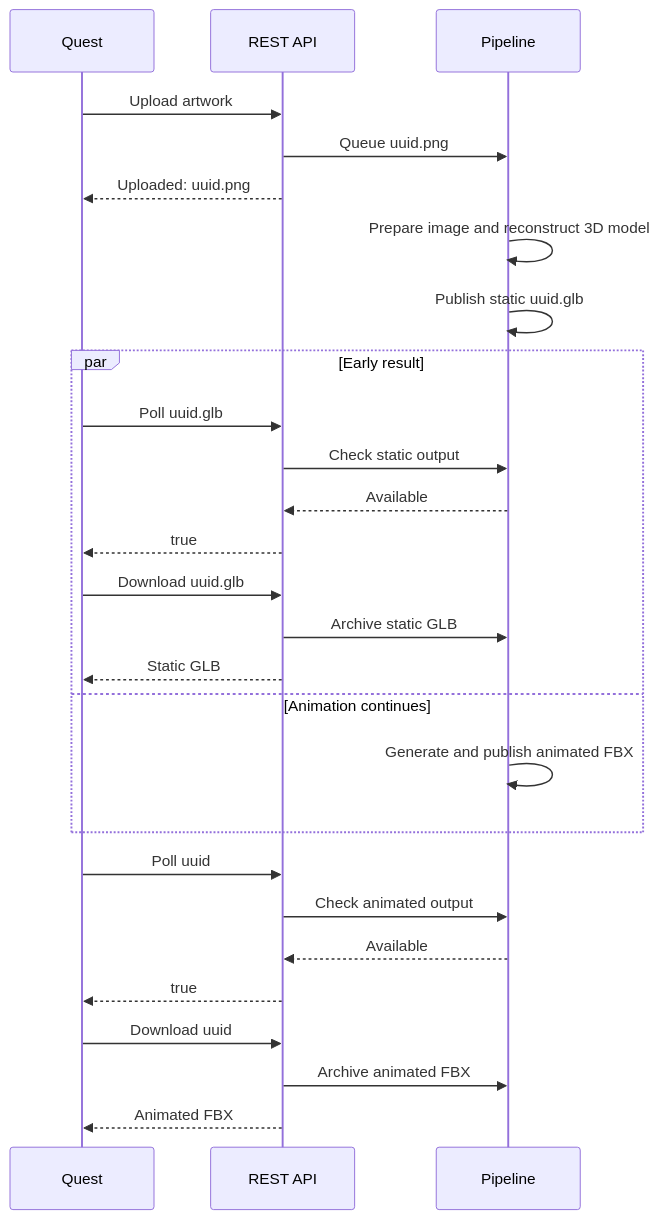
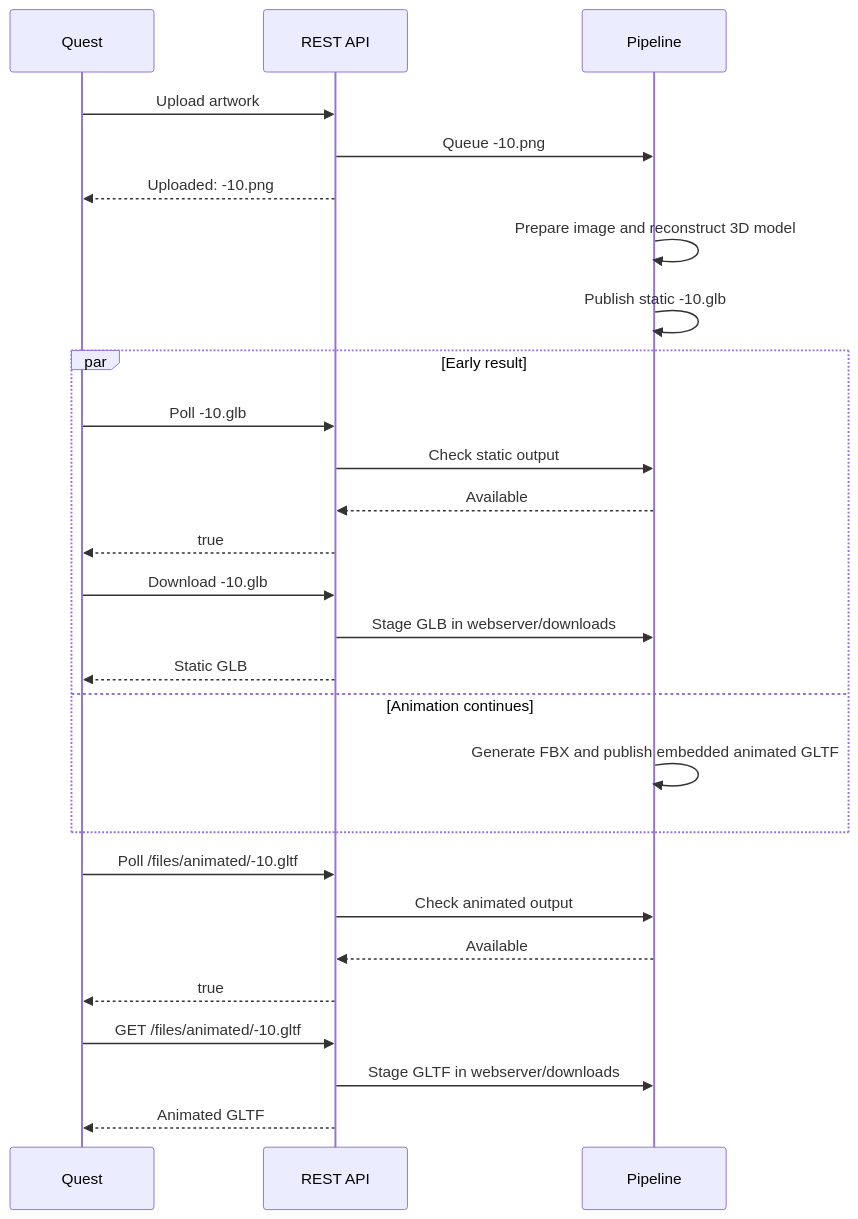
Before and after one commit to Tolga-Tolga/ARtRise: the third of 3 diagrams in README.md, drawn with Mermaid. The commit also changed other lines of this file and 4096 other files, not shown here.

````diff
--- a/README.md
+++ b/README.md
@@ -282,32 +281,32 @@
 ```mermaid
 sequenceDiagram
     participant Q as Quest
     participant API as REST API
     participant P as Pipeline
 
     Q->>API: Upload artwork
-    API->>P: Queue uuid.png
-    API-->>Q: Uploaded: uuid.png
+    API->>P: Queue -10.png
+    API-->>Q: Uploaded: -10.png
     P->>P: Prepare image and reconstruct 3D model
-    P->>P: Publish static uuid.glb
+    P->>P: Publish static -10.glb
 
     par Early result
-        Q->>API: Poll uuid.glb
+        Q->>API: Poll -10.glb
         API->>P: Check static output
         P-->>API: Available
         API-->>Q: true
-        Q->>API: Download uuid.glb
-        API->>P: Archive static GLB
+        Q->>API: Download -10.glb
+        API->>P: Stage GLB in webserver/downloads
         API-->>Q: Static GLB
     and Animation continues
-        P->>P: Generate and publish animated FBX
+        P->>P: Generate FBX and publish embedded animated GLTF
     end
 
-    Q->>API: Poll uuid
+    Q->>API: Poll /files/animated/-10.gltf
     API->>P: Check animated output
     P-->>API: Available
     API-->>Q: true
-    Q->>API: Download uuid
-    API->>P: Archive animated FBX
-    API-->>Q: Animated FBX
+    Q->>API: GET /files/animated/-10.gltf
+    API->>P: Stage GLTF in webserver/downloads
+    API-->>Q: Animated GLTF
 ```
````
